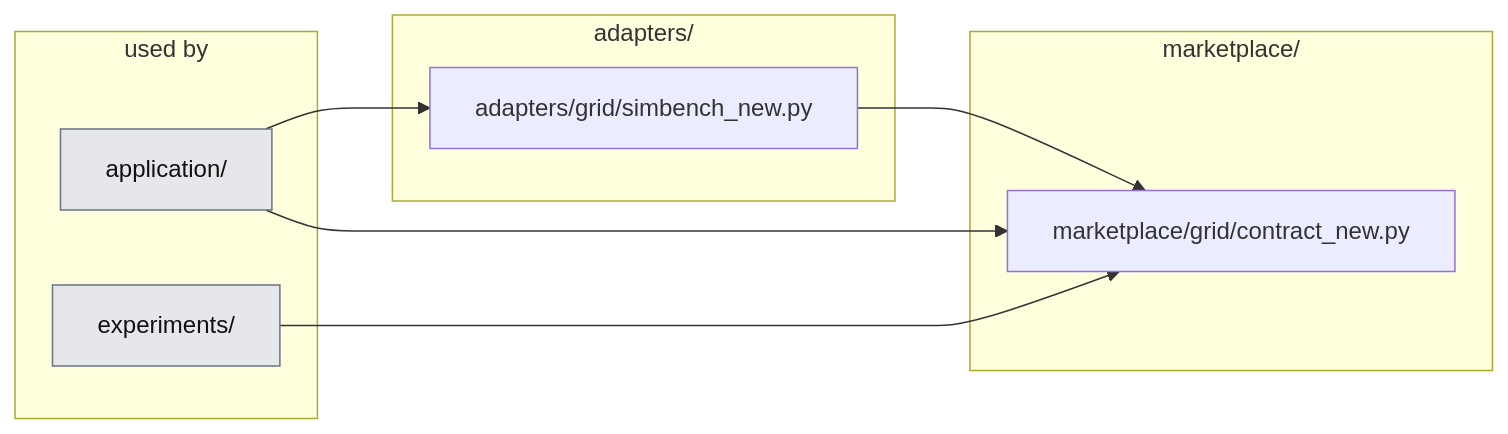
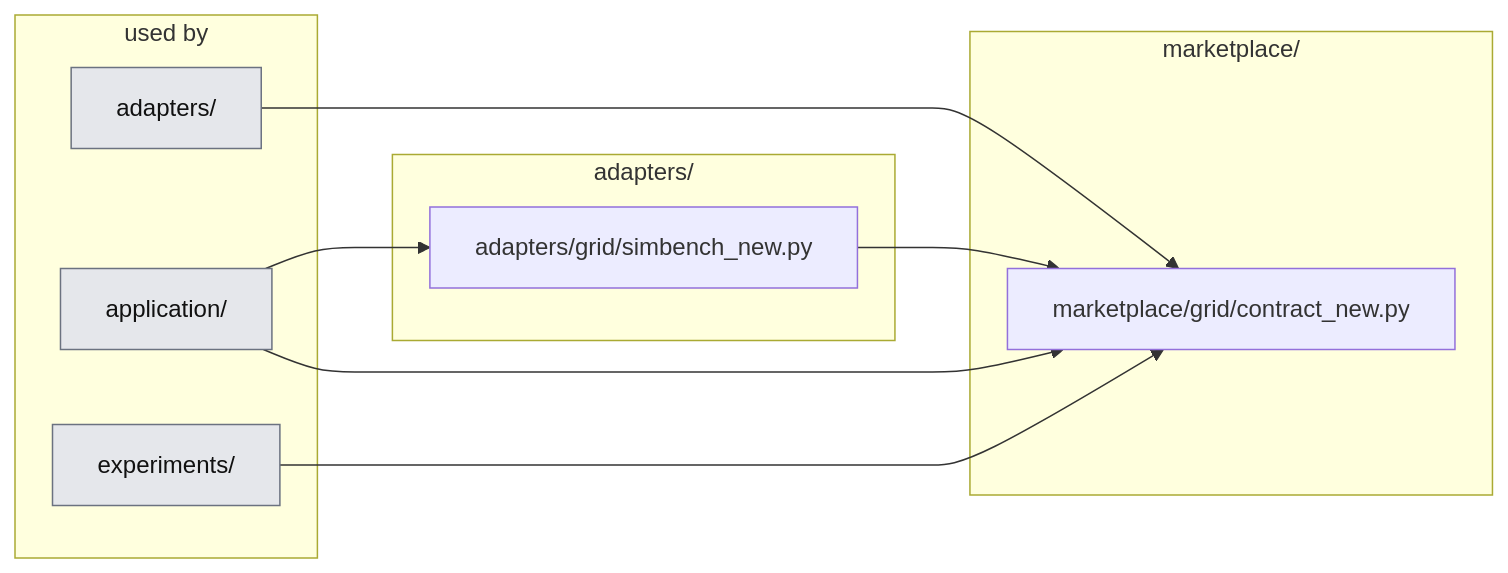
The second of 2 diagrams in docs_thesis/thesis/architecture/01-simbench-grid.md (KevinRapo/P2P-thesis), drawn with Mermaid before and after one commit. The commit also changed other lines of this file and 4 other files, not shown here.

````diff
--- a/docs_thesis/thesis/architecture/01-simbench-grid.md
+++ b/docs_thesis/thesis/architecture/01-simbench-grid.md
@@ -67,18 +67,20 @@
 ```mermaid
 flowchart LR
   subgraph USERS["used by"]
+    n_adapters__users_["adapters/"]:::ext
     n_application__users_["application/"]:::ext
     n_experiments__users_["experiments/"]:::ext
   end
   subgraph g_adapters["adapters/"]
     n_adapters_grid_simbench_new["adapters/grid/simbench_new.py"]
   end
   subgraph g_marketplace["marketplace/"]
     n_marketplace_grid_contract_new["marketplace/grid/contract_new.py"]
   end
+  n_adapters__users_ --> n_marketplace_grid_contract_new
   n_adapters_grid_simbench_new --> n_marketplace_grid_contract_new
   n_application__users_ --> n_adapters_grid_simbench_new
   n_application__users_ --> n_marketplace_grid_contract_new
   n_experiments__users_ --> n_marketplace_grid_contract_new
   classDef ext fill:#e5e7eb,stroke:#6b7280,color:#111
 ```
````
